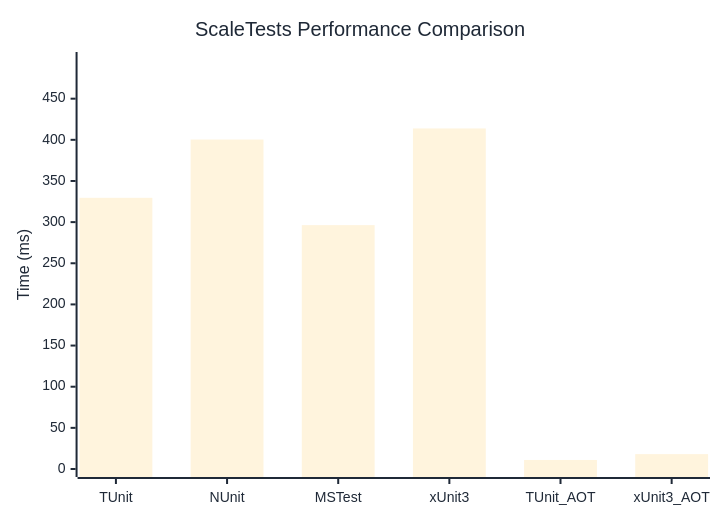
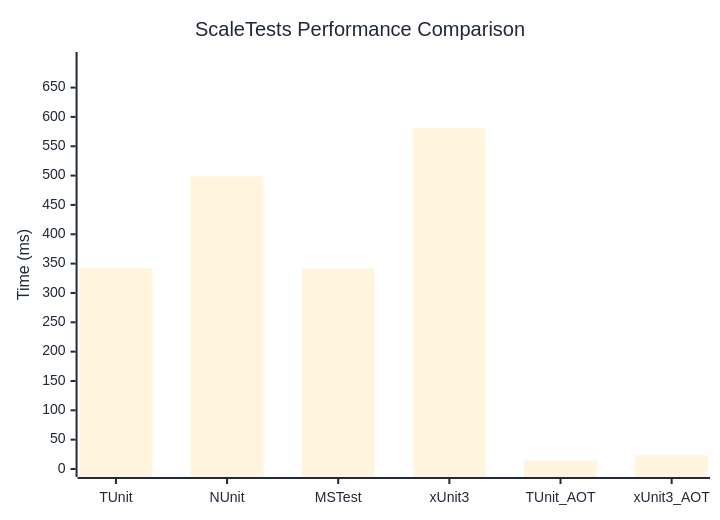
The diagram in docs/docs/benchmarks/engine/ScaleTests.md (thomhurst/TUnit), drawn with Mermaid before and after one commit. The commit also changed other lines of this file and 17 other files, not shown here.

````diff
--- a/docs/docs/benchmarks/engine/ScaleTests.md
+++ b/docs/docs/benchmarks/engine/ScaleTests.md
@@ -30,37 +30,37 @@
 ```mermaid
 %%{init: {
   'theme':'base',
   'themeVariables': {
     'primaryColor': '#2563eb',
     'primaryTextColor': '#1f2937',
     'primaryBorderColor': '#1e40af',
     'lineColor': '#6b7280',
     'secondaryColor': '#7c3aed',
     'tertiaryColor': '#dc2626',
     'background': '#ffffff',
     'mainBkg': '#2563eb',
     'secondBkg': '#7c3aed',
     'tertiaryBkg': '#dc2626',
     'clusterBkg': '#f3f4f6',
     'edgeLabelBackground': '#ffffff',
     'tertiaryTextColor': '#1f2937',
     'pie1': '#2563eb',
     'pie2': '#7c3aed',
     'pie3': '#dc2626',
     'pie4': '#f59e0b',
     'pie5': '#10b981',
     'pie6': '#06b6d4',
     'pie7': '#ec4899',
     'pie8': '#6366f1',
     'pie9': '#84cc16',
     'pie10': '#f97316',
     'pie11': '#14b8a6',
     'pie12': '#a855f7'
   }
 }}%%
 xychart-beta
   title "ScaleTests Performance Comparison"
   x-axis ["TUnit", "NUnit", "MSTest", "xUnit3", "TUnit_AOT", "xUnit3_AOT"]
-  y-axis "Time (ms)" 0 --> 497
-  bar [329.54, 400.36, 296.34, 413.81, 10.97, 18.06]
+  y-axis "Time (ms)" 0 --> 697
+  bar [342.32, 498.51, 341.54, 580.54, 14.15, 23.43]
 ```
````
